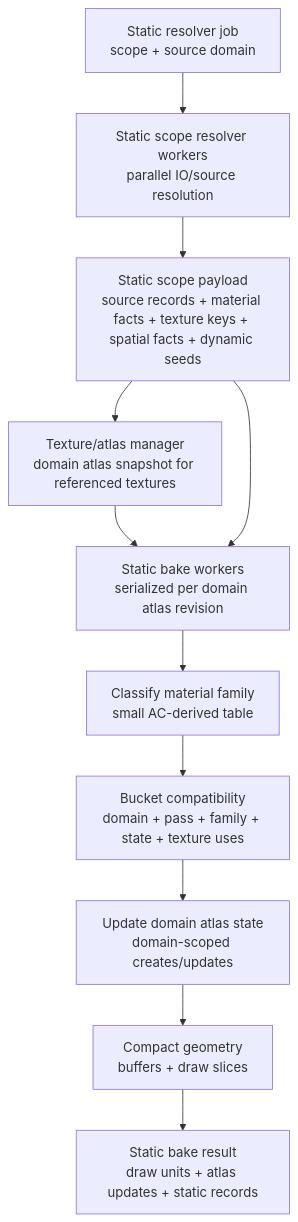
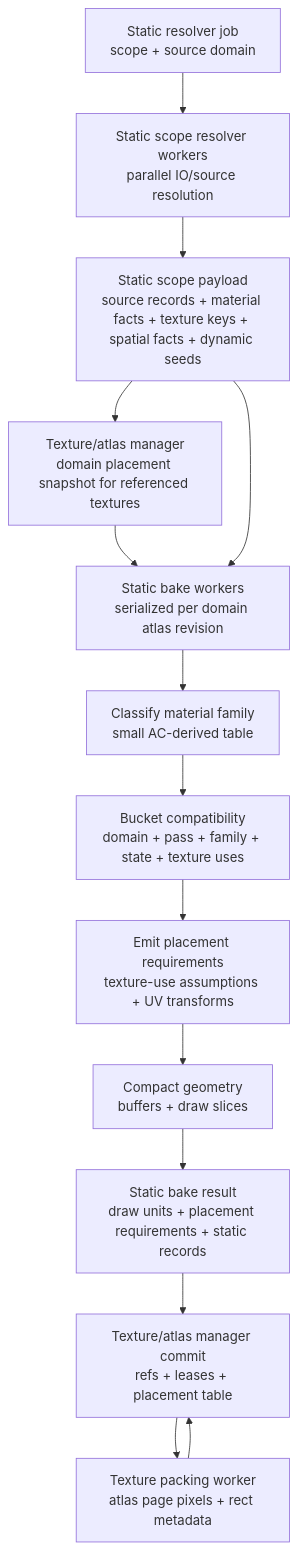
Before and after one commit to merklejerk/holtburger: the tenth of 22 diagrams in docs/plans/holtburger-3d-frontend-v2-design.md, drawn with Mermaid. The commit also changed other lines of this file and 9 other files, not shown here.

````diff
--- a/docs/plans/holtburger-3d-frontend-v2-design.md
+++ b/docs/plans/holtburger-3d-frontend-v2-design.md
@@ -767,18 +770,22 @@
 ```mermaid
 flowchart TB
   Request["Static resolver job<br/>scope + source domain"]
   Resolver["Static scope resolver workers<br/>parallel IO/source resolution"]
   Payload["Static scope payload<br/>source records + material facts + texture keys + spatial facts + dynamic seeds"]
-  Atlas["Texture/atlas manager<br/>domain atlas snapshot for referenced textures"]
+  Atlas["Texture/atlas manager<br/>domain placement snapshot for referenced textures"]
   Baker["Static bake workers<br/>serialized per domain atlas revision"]
   Classify["Classify material family<br/>small AC-derived table"]
   Bucket["Bucket compatibility<br/>domain + pass + family + state + texture uses"]
-  Pack["Update domain atlas state<br/>domain-scoped creates/updates"]
+  Placement["Emit placement requirements<br/>texture-use assumptions + UV transforms"]
   Compact["Compact geometry<br/>buffers + draw slices"]
-  Product["Static bake result<br/>draw units + atlas updates + static records"]
+  Product["Static bake result<br/>draw units + placement requirements + static records"]
+  Packer["Texture packing worker<br/>atlas page pixels + rect metadata"]
+  Commit["Texture/atlas manager commit<br/>refs + leases + placement table"]
 
   Request --> Resolver --> Payload
   Payload --> Atlas --> Baker
   Payload --> Baker
-  Baker --> Classify --> Bucket --> Pack --> Compact --> Product
+  Baker --> Classify --> Bucket --> Placement --> Compact --> Product
+  Product --> Commit
+  Commit --> Packer --> Commit
 ```
````
